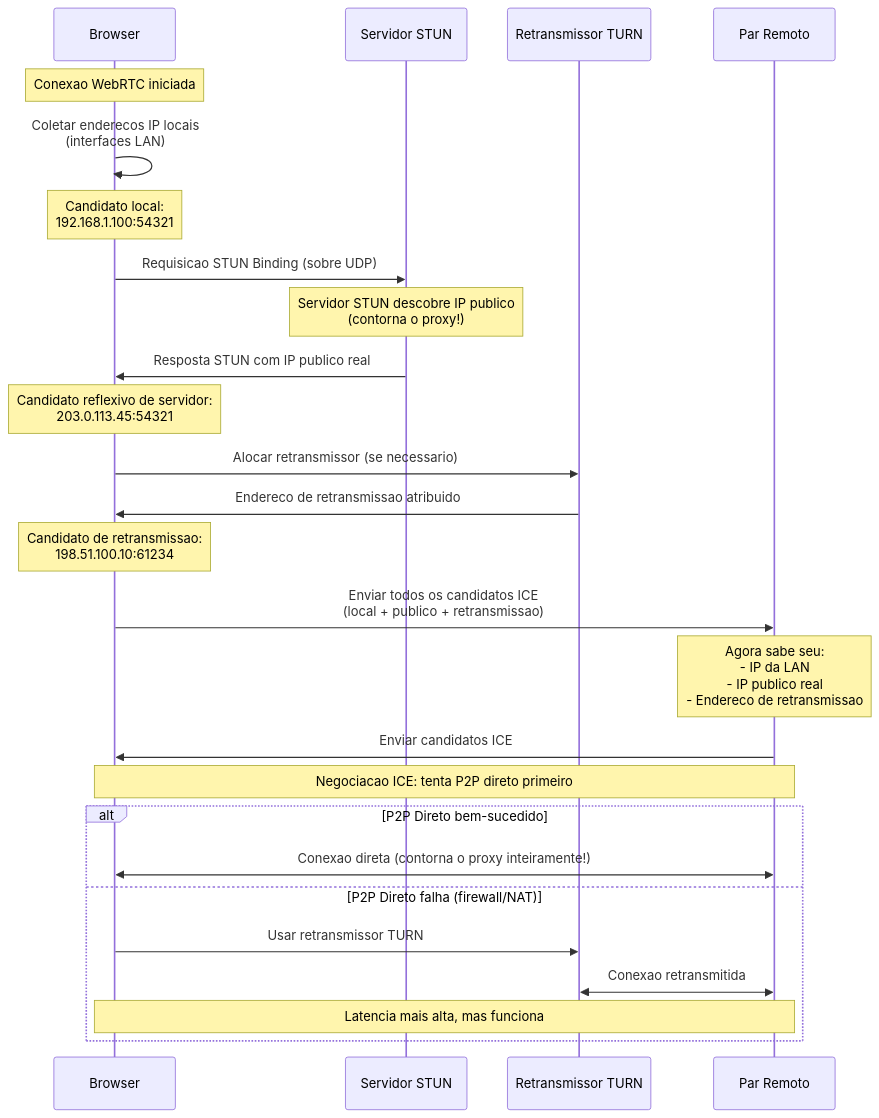
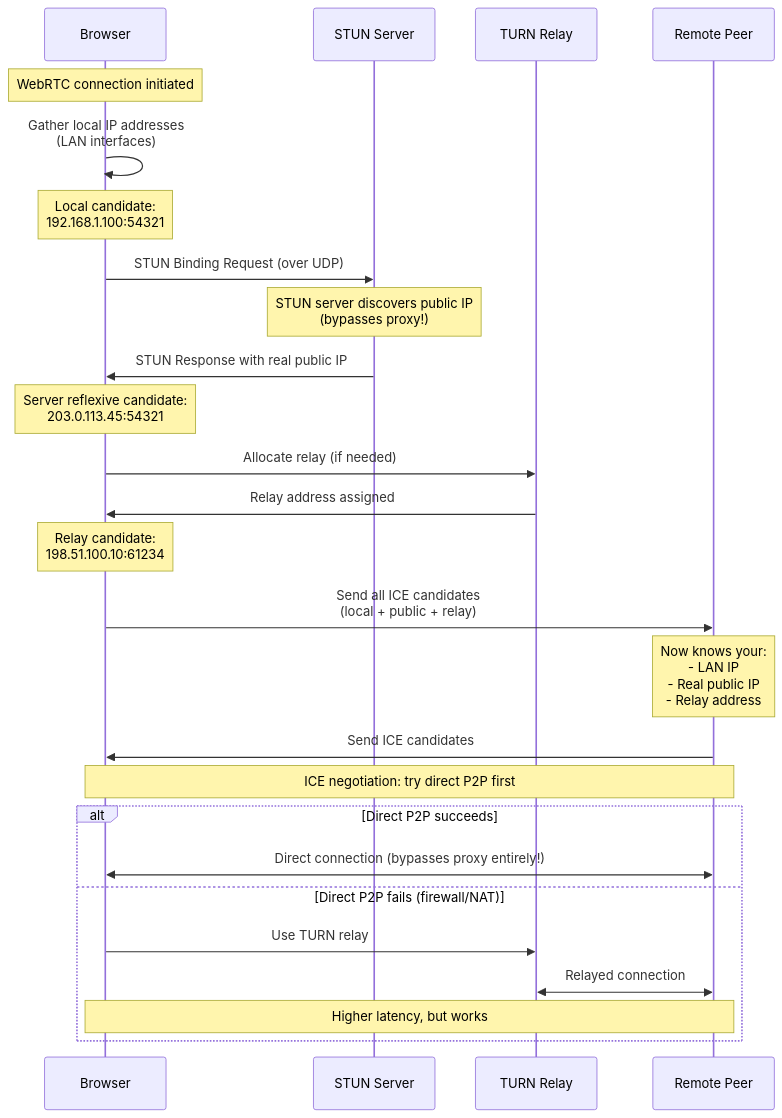
Before and after one commit to autoscrape-labs/pydoll: the third of 3 diagrams in docs/pt/deep-dive/network/network-fundamentals.md, drawn with Mermaid. The commit also changed other lines of this file and 9 other files, not shown here.

````diff
--- a/docs/pt/deep-dive/network/network-fundamentals.md
+++ b/docs/pt/deep-dive/network/network-fundamentals.md
@@ -354,36 +199,36 @@
 ```mermaid
 sequenceDiagram
     participant Browser
-    participant STUN as Servidor STUN
-    participant TURN as Retransmissor TURN
-    participant Peer as Par Remoto
-    
-    Note over Browser: Conexao WebRTC iniciada
-    
-    Browser->>Browser: Coletar enderecos IP locais<br/>(interfaces LAN)
-    Note over Browser: Candidato local:<br/>192.168.1.100:54321
-    
-    Browser->>STUN: Requisicao STUN Binding (sobre UDP)
-    Note over STUN: Servidor STUN descobre IP publico<br/>(contorna o proxy!)
-    STUN->>Browser: Resposta STUN com IP publico real
-    Note over Browser: Candidato reflexivo de servidor:<br/>203.0.113.45:54321
-    
-    Browser->>TURN: Alocar retransmissor (se necessario)
-    TURN->>Browser: Endereco de retransmissao atribuido
-    Note over Browser: Candidato de retransmissao:<br/>198.51.100.10:61234
-    
-    Browser->>Peer: Enviar todos os candidatos ICE<br/>(local + publico + retransmissao)
-    Note over Peer: Agora sabe seu:<br/>- IP da LAN<br/>- IP publico real<br/>- Endereco de retransmissao
-    
-    Peer->>Browser: Enviar candidatos ICE
-    
-    Note over Browser,Peer: Negociacao ICE: tenta P2P direto primeiro
-    
-    alt P2P Direto bem-sucedido
-        Browser<<->>Peer: Conexao direta (contorna o proxy inteiramente!)
-    else P2P Direto falha (firewall/NAT)
-        Browser->>TURN: Usar retransmissor TURN
-        TURN<<->>Peer: Conexao retransmitida
-        Note over Browser,Peer: Latencia mais alta, mas funciona
+    participant STUN as STUN Server
+    participant TURN as TURN Relay
+    participant Peer as Remote Peer
+
+    Note over Browser: WebRTC connection initiated
+
+    Browser->>Browser: Gather local IP addresses<br/>(LAN interfaces)
+    Note over Browser: Local candidate:<br/>192.168.1.100:54321
+
+    Browser->>STUN: STUN Binding Request (over UDP)
+    Note over STUN: STUN server discovers public IP<br/>(bypasses proxy!)
+    STUN->>Browser: STUN Response with real public IP
+    Note over Browser: Server reflexive candidate:<br/>203.0.113.45:54321
+
+    Browser->>TURN: Allocate relay (if needed)
+    TURN->>Browser: Relay address assigned
+    Note over Browser: Relay candidate:<br/>198.51.100.10:61234
+
+    Browser->>Peer: Send all ICE candidates<br/>(local + public + relay)
+    Note over Peer: Now knows your:<br/>- LAN IP<br/>- Real public IP<br/>- Relay address
+
+    Peer->>Browser: Send ICE candidates
+
+    Note over Browser,Peer: ICE negotiation: try direct P2P first
+
+    alt Direct P2P succeeds
+        Browser<<->>Peer: Direct connection (bypasses proxy entirely!)
+    else Direct P2P fails (firewall/NAT)
+        Browser->>TURN: Use TURN relay
+        TURN<<->>Peer: Relayed connection
+        Note over Browser,Peer: Higher latency, but works
     end
 ```
````
